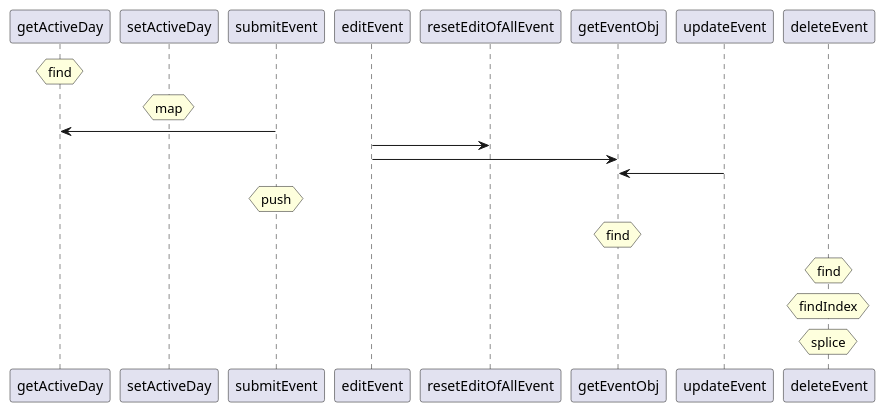
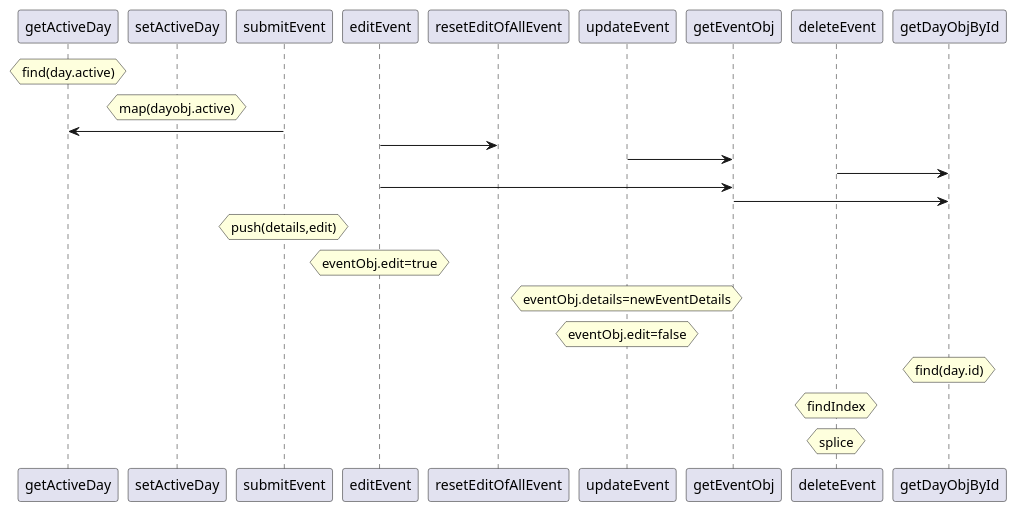
The diagram in src/store.md (frzhen/vue-calendar), drawn with PlantUML before and after one commit. The commit also changed 3 other files, not shown here.

Commit message:
Refactored getEventObj function with getDayObjById in store.js, refactored setActiveDay using simpler logic and updated related files.

````diff
--- a/src/store.md
+++ b/src/store.md
@@ -3,17 +3,21 @@
 ```plantuml
 @startuml
 
-hnote over getActiveDay : find
-hnote over setActiveDay : map
+hnote over getActiveDay : find(day.active)
+hnote over setActiveDay : map(dayobj.active)
 submitEvent -> getActiveDay
 editEvent -> resetEditOfAllEvent
+updateEvent -> getEventObj
+deleteEvent -> getDayObjById
 editEvent -> getEventObj
-updateEvent -> getEventObj
-hnote over submitEvent : push
-hnote over getEventObj : find
-hnote over deleteEvent : find
+getEventObj -> getDayObjById
+hnote over submitEvent : push(details,edit)
+hnote over editEvent : eventObj.edit=true
+hnote over updateEvent : eventObj.details=newEventDetails
+hnote over updateEvent : eventObj.edit=false
+hnote over getDayObjById : find(day.id)
 hnote over deleteEvent : findIndex
 hnote over deleteEvent : splice
 
 @enduml
 ```
````
